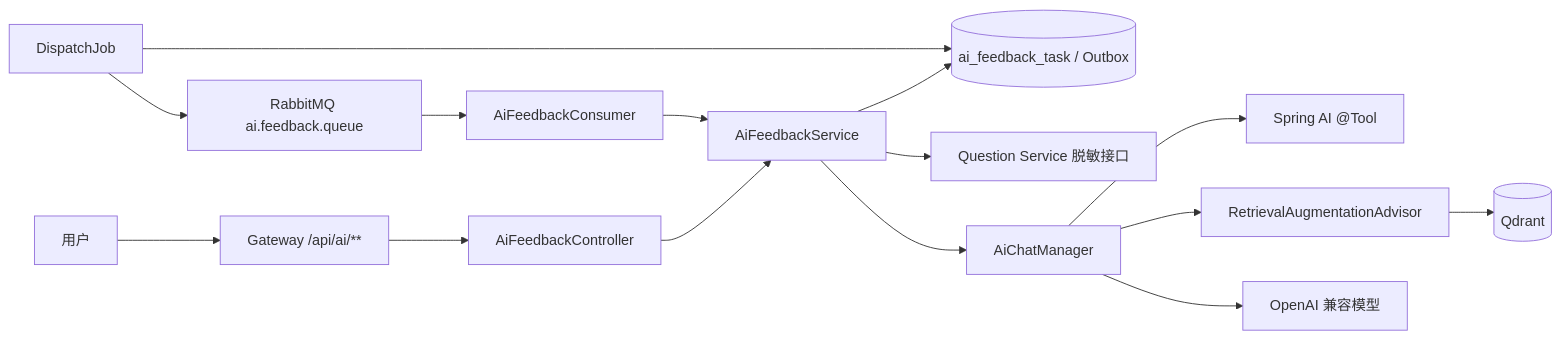
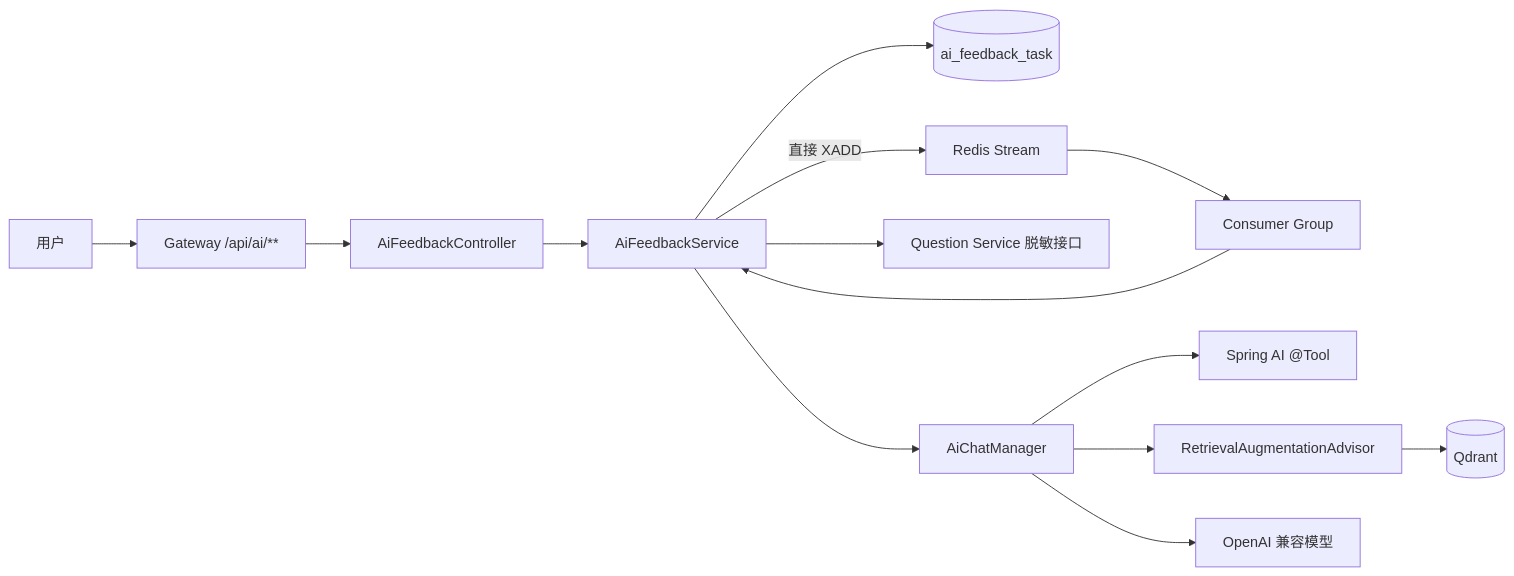
One commit to qwerlty123/myoj-microservice changed the diagram in myoj-backend-ai-service/README.md. Above: the diagram before and after it, drawn with Mermaid. The commit also changed other lines of this file and 68 other files, not shown here.

````diff
--- a/myoj-backend-ai-service/README.md
+++ b/myoj-backend-ai-service/README.md
@@ -7,17 +7,16 @@
 ```mermaid
 flowchart LR
     U["用户"] --> G["Gateway /api/ai/**"]
     G --> C["AiFeedbackController"]
     C --> S["AiFeedbackService"]
-    S --> DB[("ai_feedback_task / Outbox")]
-    D["DispatchJob"] --> DB
-    D --> MQ["RabbitMQ ai.feedback.queue"]
-    MQ --> W["AiFeedbackConsumer"]
+    S --> DB[("ai_feedback_task")]
+    S -->|"直接 XADD"| RS["Redis Stream"]
+    RS --> W["Consumer Group"]
     W --> S
     S --> Q["Question Service 脱敏接口"]
     S --> M["AiChatManager"]
     M --> T["Spring AI @Tool"]
     M --> R["RetrievalAugmentationAdvisor"]
     R --> V[("Qdrant")]
     M --> L["OpenAI 兼容模型"]
 ```
````
